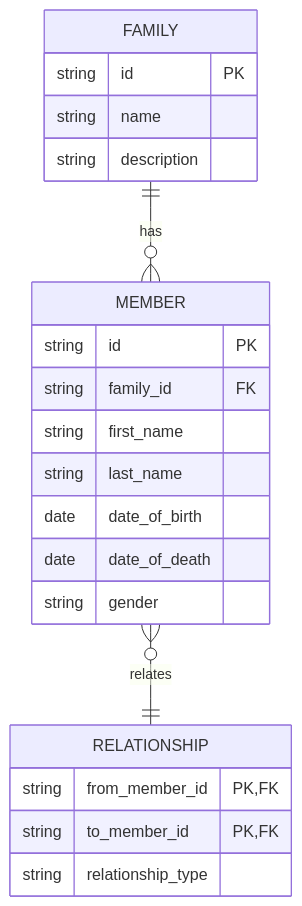
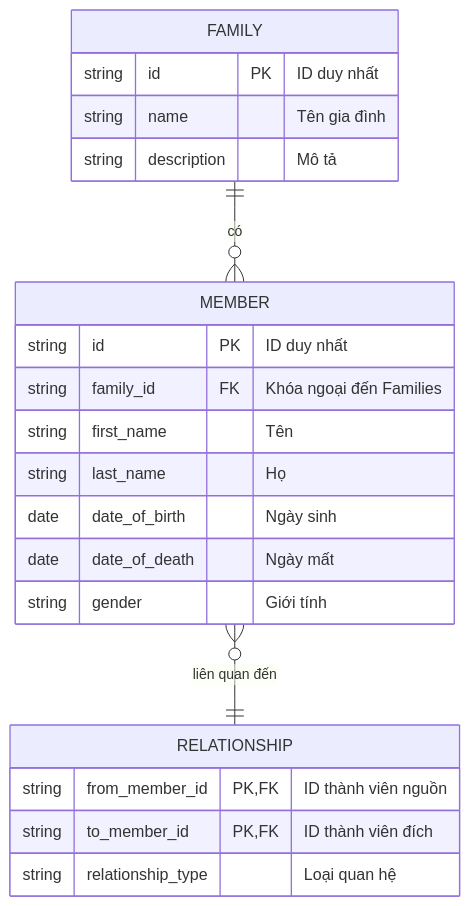
The diagram in docs/engineering/data-model.md (hkthao/family-tree-3), drawn with Mermaid before and after one commit. The commit also changed other lines of this file and 18 other files, not shown here.

````diff
--- a/docs/engineering/data-model.md
+++ b/docs/engineering/data-model.md
@@ -9,27 +25,27 @@
 ```mermaid
 erDiagram
     FAMILY {
-        string id PK
-        string name
-        string description
+        string id PK "ID duy nhất"
+        string name "Tên gia đình"
+        string description "Mô tả"
     }
 
     MEMBER {
-        string id PK
-        string family_id FK
-        string first_name
-        string last_name
-        date date_of_birth
-        date date_of_death
-        string gender
+        string id PK "ID duy nhất"
+        string family_id FK "Khóa ngoại đến Families"
+        string first_name "Tên"
+        string last_name "Họ"
+        date date_of_birth "Ngày sinh"
+        date date_of_death "Ngày mất"
+        string gender "Giới tính"
     }
 
     RELATIONSHIP {
-        string from_member_id PK, FK
-        string to_member_id PK, FK
-        string relationship_type
+        string from_member_id PK, FK "ID thành viên nguồn"
+        string to_member_id PK, FK "ID thành viên đích"
+        string relationship_type "Loại quan hệ"
     }
 
-    FAMILY ||--o{ MEMBER : has
-    MEMBER }o--|| RELATIONSHIP : relates
+    FAMILY ||--o{ MEMBER : "có"
+    MEMBER }o--|| RELATIONSHIP : "liên quan đến"
 ```
````
